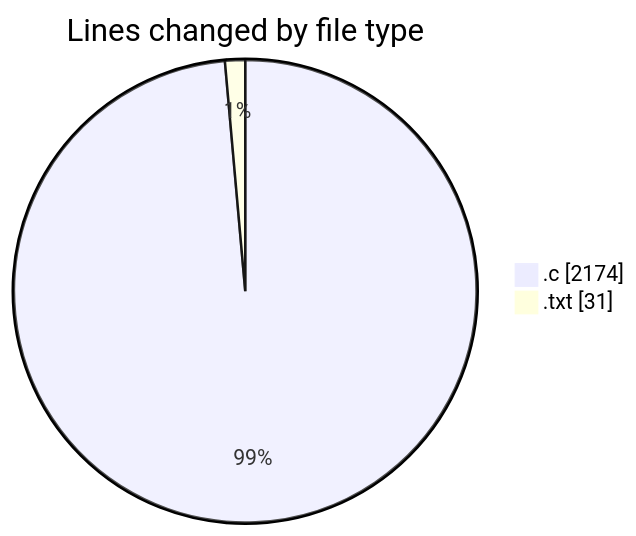
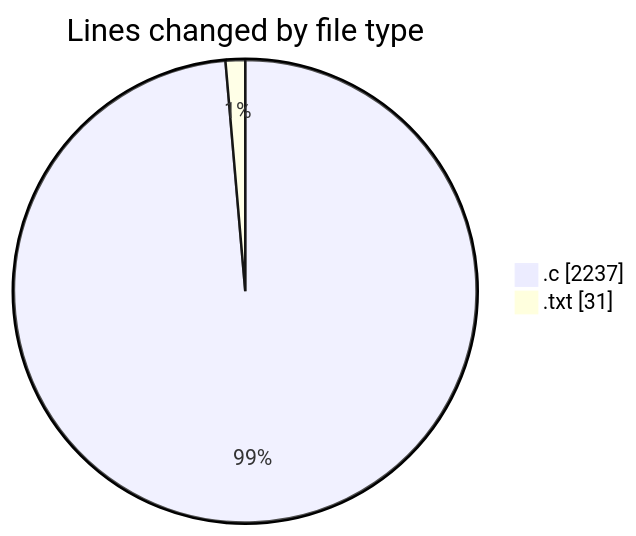
Before and after one commit to Ritupan-Deka/code-tracking: the first of 2 diagrams in 2025-01-26/search/README.md, drawn with Mermaid. The commit also changed other lines of this file and 1 other file, not shown here.

````diff
--- a/2025-01-26/search/README.md
+++ b/2025-01-26/search/README.md
@@ -22,6 +22,6 @@
 ```mermaid
 pie showData
 title Lines changed by file type
-".c" : 2174
+".c" : 2237
 ".txt" : 31
 ```
````
